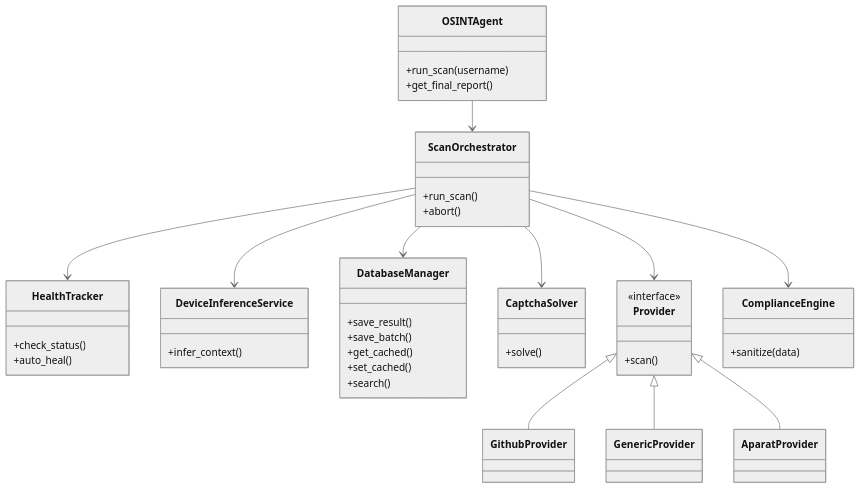
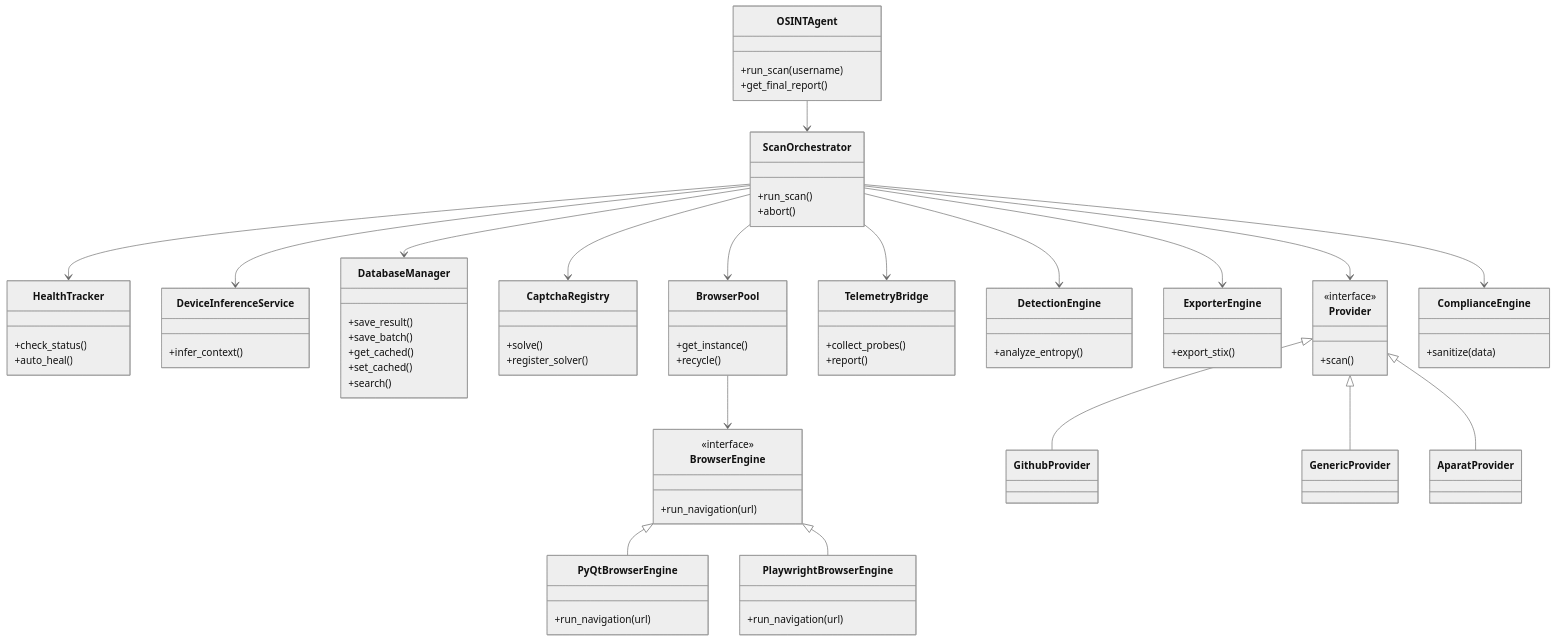
The diagram in docs/structure.mmd (FJ-cyberzilla/osint-nexus), drawn with Mermaid (neutral theme) before and after one commit. The commit also changed 22 other files, not shown here.

Commit message:
feat: Implement browser engine support and telemetry, update documentation and dependencies

```diff
--- a/docs/structure.mmd
+++ b/docs/structure.mmd
@@ -1,58 +1,96 @@
 classDiagram
     direction TB
     %% Branded Component Map
     %% Author: FJ-cyberzilla
     %% Org: FJ™ Cybertronic Systems
     
     class OSINTAgent {
-
         +run_scan(username)
         +get_final_report()
     }
     
     class ScanOrchestrator {
         +run_scan()
         +abort()
     }
     
     class HealthTracker {
         +check_status()
         +auto_heal()
     }
     
     class DeviceInferenceService {
         +infer_context()
     }
     
     class DatabaseManager {
         +save_result()
         +save_batch()
         +get_cached()
         +set_cached()
         +search()
     }
     
-    class CaptchaSolver {
+    class CaptchaRegistry {
         +solve()
+        +register_solver()
+    }
+    
+    class BrowserPool {
+        +get_instance()
+        +recycle()
+    }
+    
+    class BrowserEngine {
+        <<interface>>
+        +run_navigation(url)
+    }
+    
+    class PyQtBrowserEngine {
+        +run_navigation(url)
+    }
+    
+    class PlaywrightBrowserEngine {
+        +run_navigation(url)
+    }
+    
+    class TelemetryBridge {
+        +collect_probes()
+        +report()
+    }
+    
+    class DetectionEngine {
+        +analyze_entropy()
+    }
+    
+    class ExporterEngine {
+        +export_stix()
     }
     
     class Provider {
         <<interface>>
         +scan()
     }
 
     class ComplianceEngine {
         +sanitize(data)
     }
 
     OSINTAgent --> ScanOrchestrator
     ScanOrchestrator --> HealthTracker
     ScanOrchestrator --> DeviceInferenceService
     ScanOrchestrator --> DatabaseManager
-    ScanOrchestrator --> CaptchaSolver
+    ScanOrchestrator --> CaptchaRegistry
+    ScanOrchestrator --> BrowserPool
+    BrowserPool --> BrowserEngine
+    BrowserEngine <|-- PyQtBrowserEngine
+    BrowserEngine <|-- PlaywrightBrowserEngine
+    ScanOrchestrator --> TelemetryBridge
+    ScanOrchestrator --> DetectionEngine
+    ScanOrchestrator --> ExporterEngine
     ScanOrchestrator --> Provider
     ScanOrchestrator --> ComplianceEngine
     
     Provider <|-- GithubProvider
     Provider <|-- GenericProvider
     Provider <|-- AparatProvider
```
